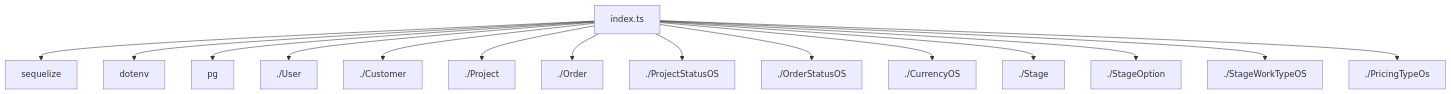
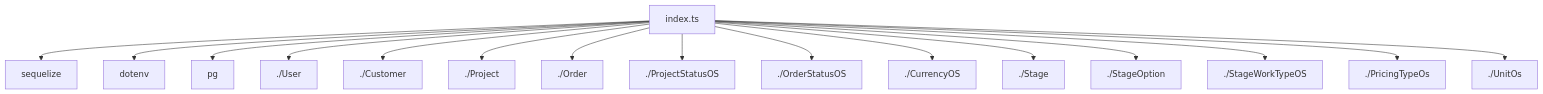
One commit to alcompstudio/studio-current changed the diagram in docs/components/lib/models/index.md. Above: the diagram before and after it, drawn with Mermaid. The commit also changed 384 other files, not shown here.

````diff
--- a/docs/components/lib/models/index.md
+++ b/docs/components/lib/models/index.md
@@ -7,32 +7,34 @@
 ```mermaid
 flowchart TD
     index_ts[index.ts]
     sequelize[sequelize]
     index_ts --> sequelize
     dotenv[dotenv]
     index_ts --> dotenv
     pg[pg]
     index_ts --> pg
     User[./User]
     index_ts --> User
     Customer[./Customer]
     index_ts --> Customer
     Project[./Project]
     index_ts --> Project
     Order[./Order]
     index_ts --> Order
     ProjectStatusOS[./ProjectStatusOS]
     index_ts --> ProjectStatusOS
     OrderStatusOS[./OrderStatusOS]
     index_ts --> OrderStatusOS
     CurrencyOS[./CurrencyOS]
     index_ts --> CurrencyOS
     Stage[./Stage]
     index_ts --> Stage
     StageOption[./StageOption]
     index_ts --> StageOption
     StageWorkTypeOS[./StageWorkTypeOS]
     index_ts --> StageWorkTypeOS
     PricingTypeOs[./PricingTypeOs]
     index_ts --> PricingTypeOs
+    UnitOs[./UnitOs]
+    index_ts --> UnitOs
 ```
````
